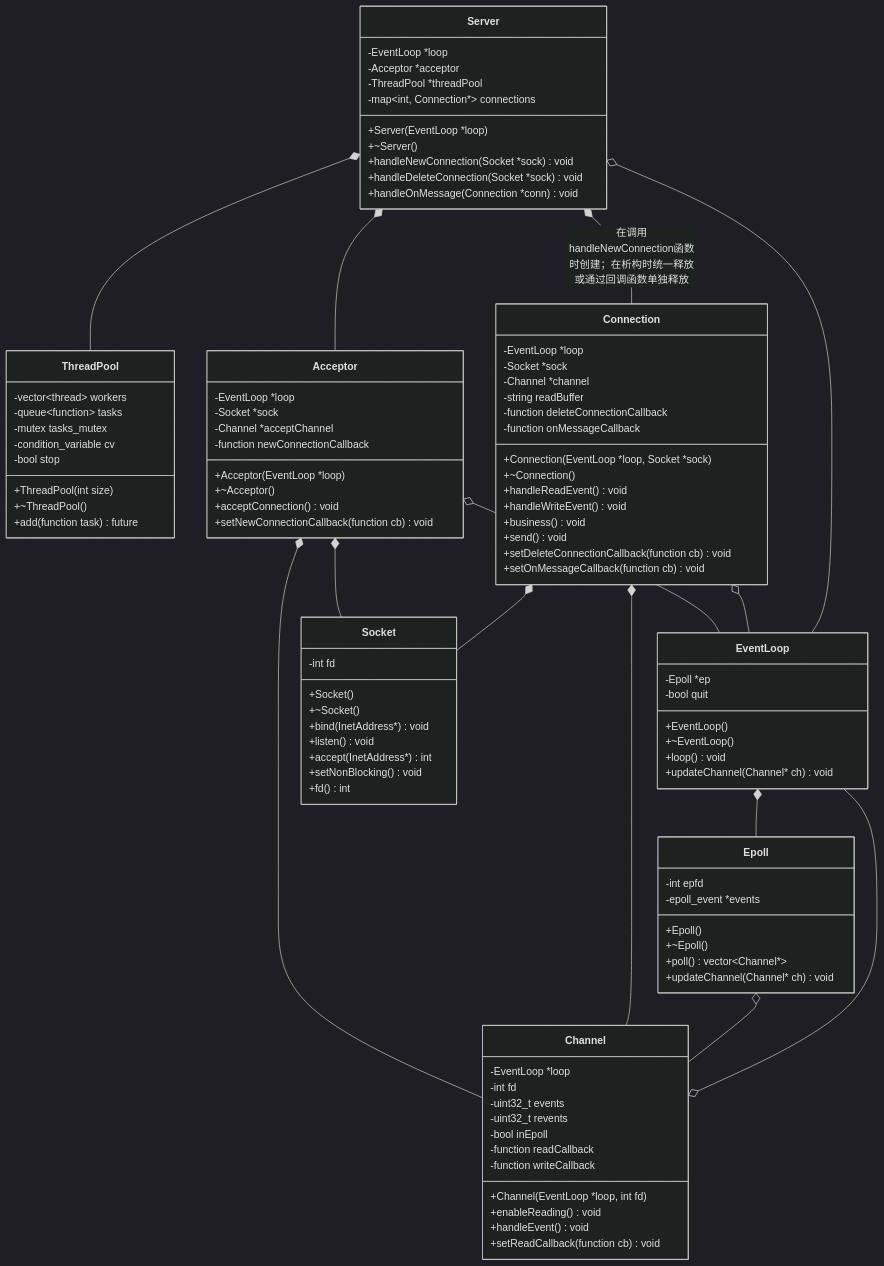
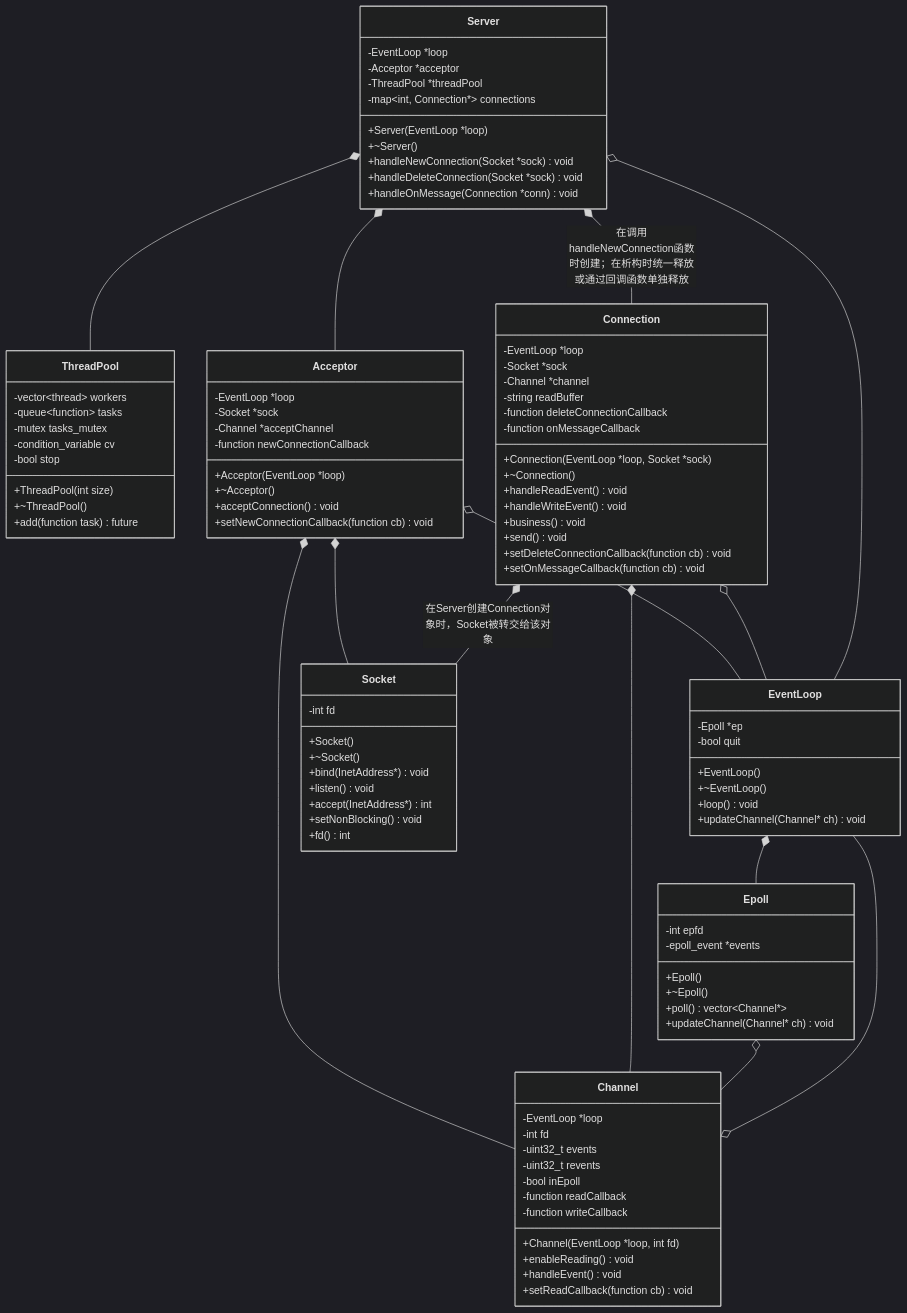
Before and after one commit to WinlorZZ/VisionReactor-CPP: the diagram in doc/Class Diagram.md, drawn with Mermaid (dark theme).

Commit message:
【文档】 完善类图Connection与Socket关系的描述。

```diff
--- a/doc/Class Diagram.md
+++ b/doc/Class Diagram.md
@@ -128,7 +128,7 @@
     Acceptor o-- EventLoop
     
     %% 4. Connection 拥有 Socket 和 Channel
-    Connection *-- Socket
+    Connection *-- Socket : 在Server创建Connection对象时，Socket被转交给该对象
     Connection *-- Channel
     Connection o-- EventLoop
 
```
